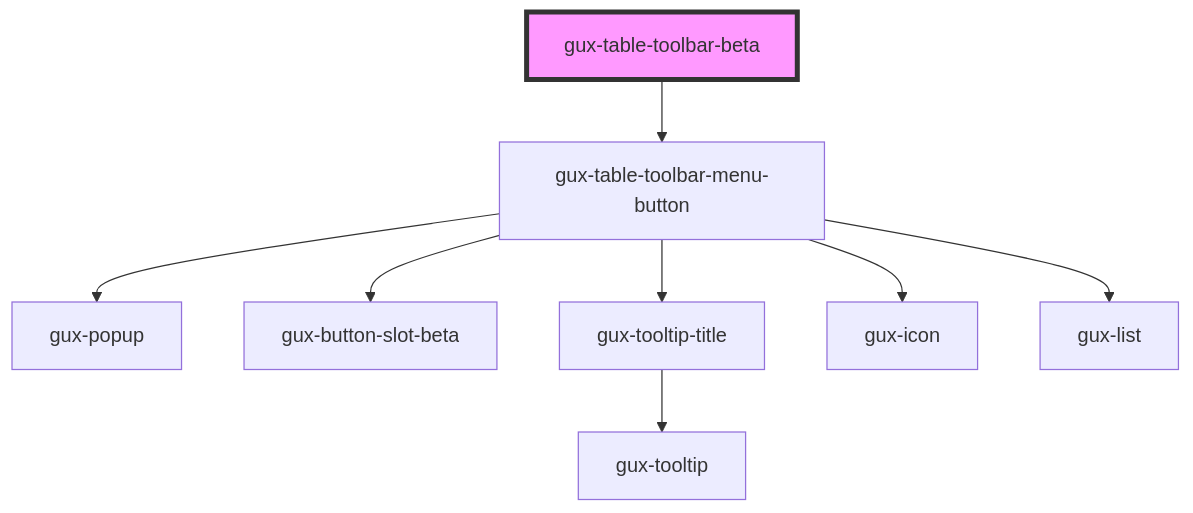
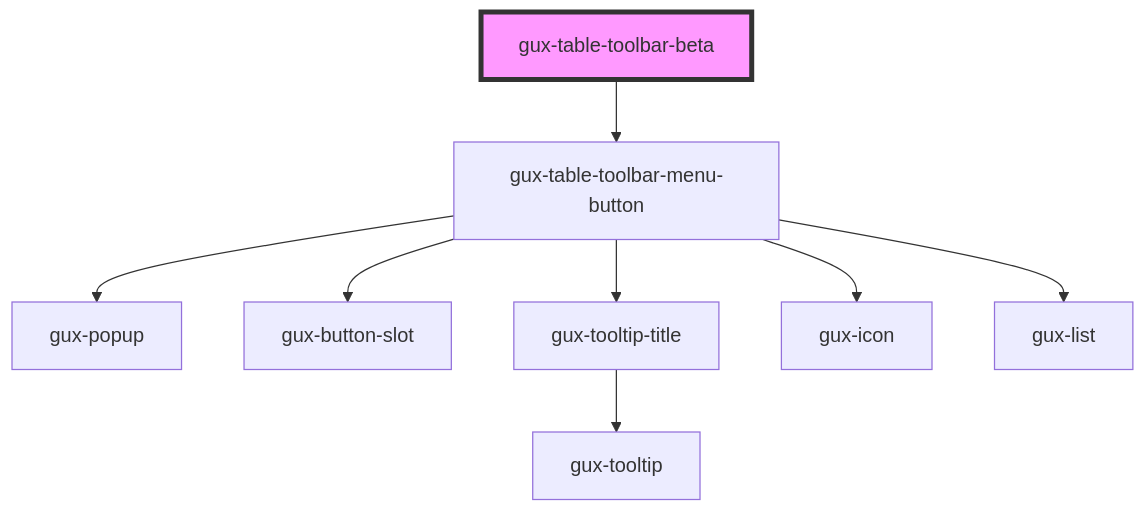
The diagram in packages/genesys-spark-components/src/components/beta/gux-table-toolbar/readme.md (MyPureCloud/genesys-spark), drawn with Mermaid before and after one commit. The commit also changed 73 other files, not shown here.

First line of the commit message:
refactor(gux-button-slot): move to stable

````diff
--- a/packages/genesys-spark-components/src/components/beta/gux-table-toolbar/readme.md
+++ b/packages/genesys-spark-components/src/components/beta/gux-table-toolbar/readme.md
@@ -26,11 +26,11 @@
 ```mermaid
 graph TD;
   gux-table-toolbar-beta --> gux-table-toolbar-menu-button
   gux-table-toolbar-menu-button --> gux-popup
-  gux-table-toolbar-menu-button --> gux-button-slot-beta
+  gux-table-toolbar-menu-button --> gux-button-slot
   gux-table-toolbar-menu-button --> gux-tooltip-title
   gux-table-toolbar-menu-button --> gux-icon
   gux-table-toolbar-menu-button --> gux-list
   gux-tooltip-title --> gux-tooltip
   style gux-table-toolbar-beta fill:#f9f,stroke:#333,stroke-width:4px
 ```
````
